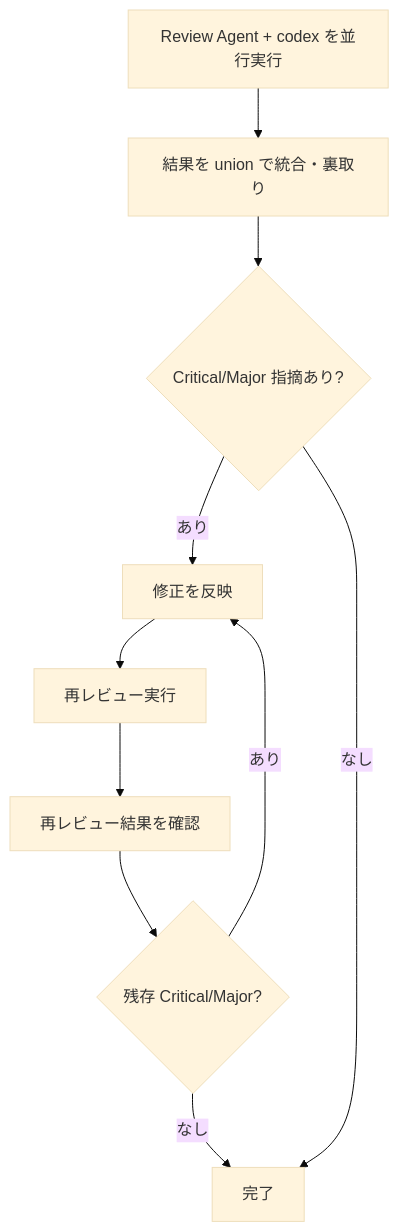
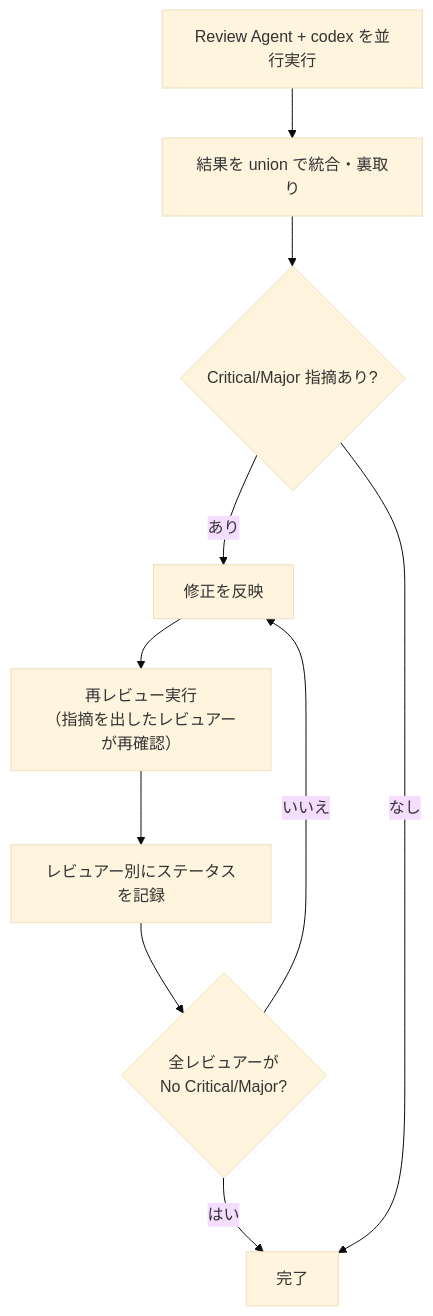
Before and after one commit to masuidrive/pdh: the third of 3 diagrams in skills/pdh-dev/SKILL.md, drawn with Mermaid (base theme). The commit also changed other lines of this file and 2 other files, not shown here.

````diff
--- a/skills/pdh-dev/SKILL.md
+++ b/skills/pdh-dev/SKILL.md
@@ -104,11 +104,11 @@
 ```mermaid
 flowchart TD
     Q1["Review Agent + codex を並行実行"] --> Q2["結果を union で統合・裏取り"]
     Q2 --> Q3{"Critical/Major 指摘あり?"}
-    Q3 -- "あり" --> Q4["修正を反映"] --> Q5["再レビュー実行"]
-    Q5 --> Q6["再レビュー結果を確認"]
-    Q6 --> Q7{"残存 Critical/Major?"}
-    Q7 -- "あり" --> Q4
-    Q7 -- "なし" --> Q8["完了"]
+    Q3 -- "あり" --> Q4["修正を反映"] --> Q5["再レビュー実行<br/>（指摘を出したレビュアーが再確認）"]
+    Q5 --> Q6["レビュアー別にステータスを記録"]
+    Q6 --> Q7{"全レビュアーが<br/>No Critical/Major?"}
+    Q7 -- "いいえ" --> Q4
+    Q7 -- "はい" --> Q8["完了"]
     Q3 -- "なし" --> Q8
 ```
````
